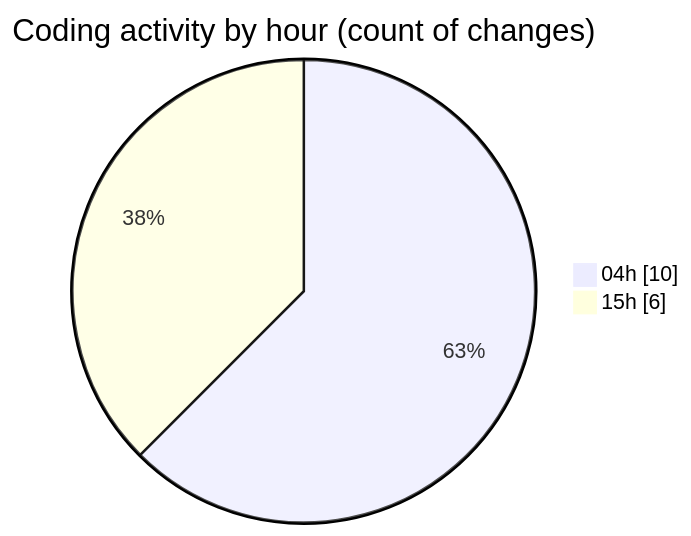
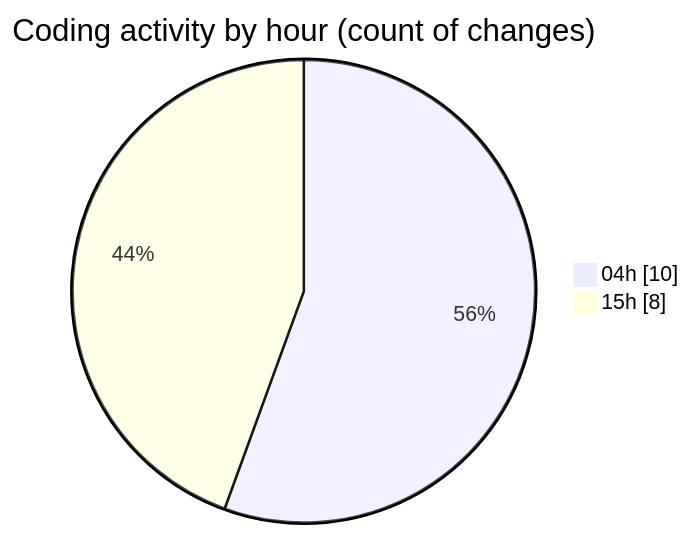
One commit to charlie-sans/code-tracking changed the second of 2 diagrams in 2025-03-17/sharpmasm/README.md. Above: the diagram before and after it, drawn with Mermaid. The commit also changed other lines of this file and 1 other file, not shown here.

````diff
--- a/2025-03-17/sharpmasm/README.md
+++ b/2025-03-17/sharpmasm/README.md
@@ -33,6 +34,6 @@
 ```mermaid
 pie showData
 title Coding activity by hour (count of changes)
 "04h" : 10
-"15h" : 6
+"15h" : 8
 ```
````
